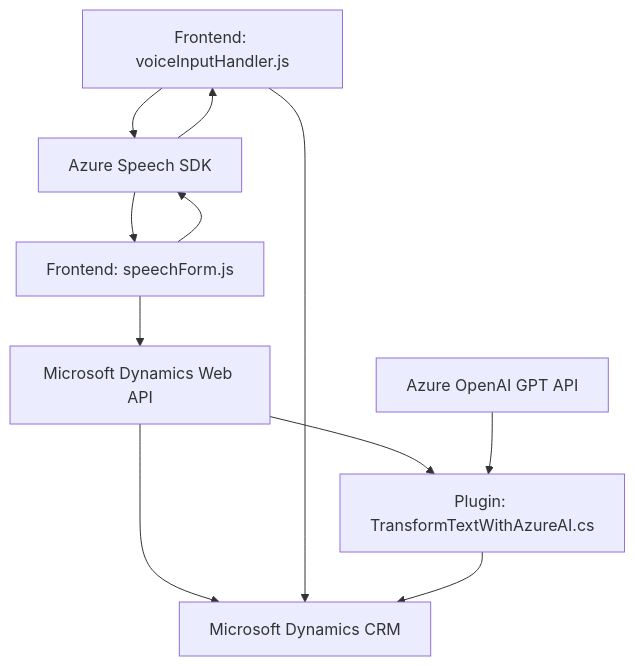
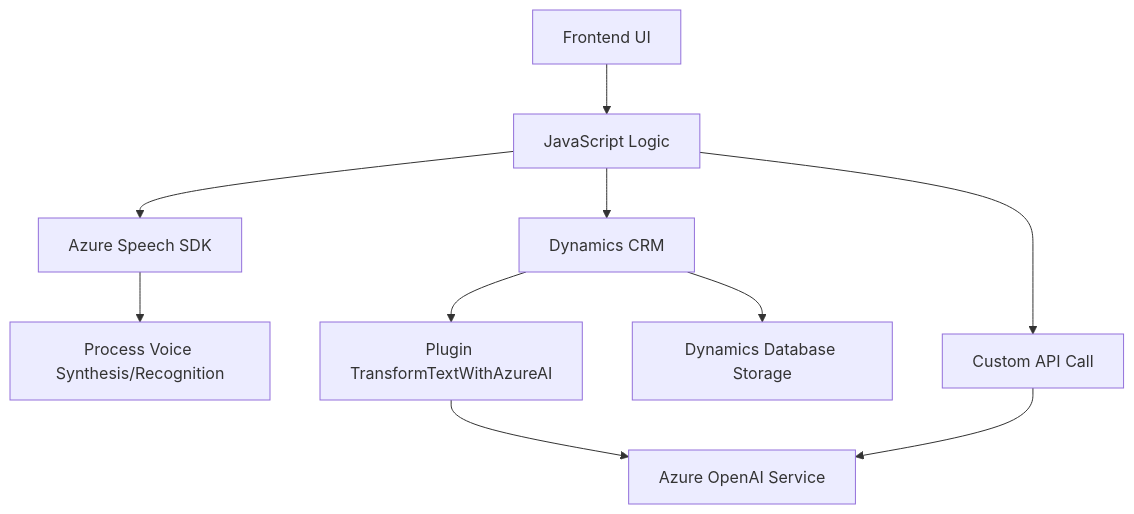
The diagram in README.md (blopezdm/NETCORE_BILBAO2025), drawn with Mermaid before and after one commit. The commit also changed other lines of this file, not shown here.

````diff
--- a/README.md
+++ b/README.md
@@ -45,21 +39,12 @@
 ```mermaid
 graph TD
-    A["Frontend: voiceInputHandler.js"]
-    B["Frontend: speechForm.js"]
-    C["Plugin: TransformTextWithAzureAI.cs"]
-    D["Microsoft Dynamics CRM"]
-    E["Azure Speech SDK"]
-    F["Azure OpenAI GPT API"]
-    G["Microsoft Dynamics Web API"]
-
-    A --> E
-    E --> A
-    B --> E
-    E --> B
-    B --> G
-    G --> D
-    A --> D
-    G --> C
-    F --> C
-    C --> D
+  UI["Frontend UI"] --> JS["JavaScript Logic"]
+  JS --> SDK_AzureSpeech["Azure Speech SDK"]
+  SDK_AzureSpeech --> AUDIO["Process Voice Synthesis/Recognition"]
+  JS --> CRM["Dynamics CRM"]
+  CRM --> BackendPlugin["Plugin TransformTextWithAzureAI"]
+  BackendPlugin --> AzureOpenAI["Azure OpenAI Service"]
+  JS --> CALL_CustomAPI["Custom API Call"]
+  CALL_CustomAPI --> AzureOpenAI
+  CRM --> STORAGE["Dynamics Database Storage"]
 ```
````
